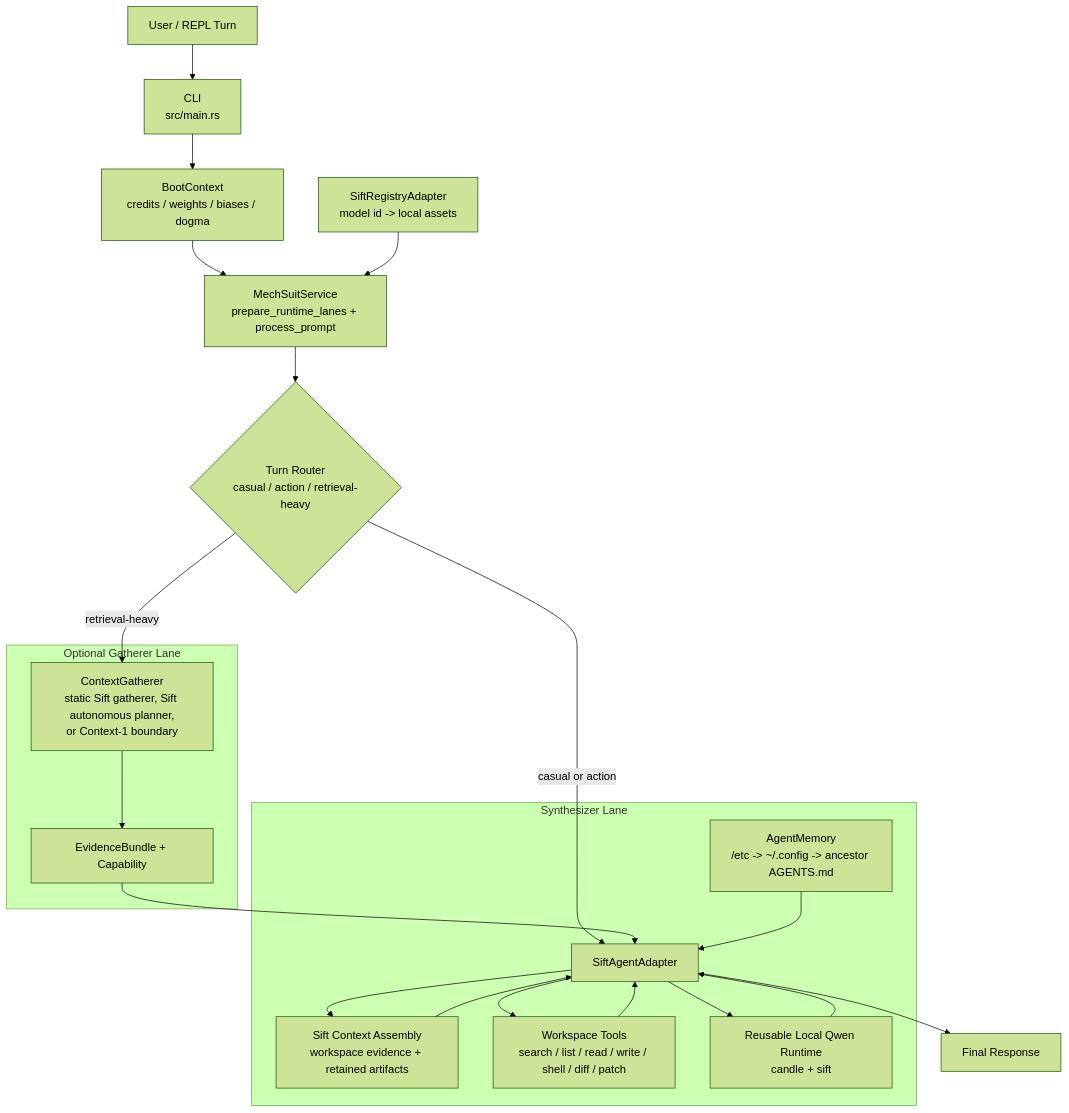
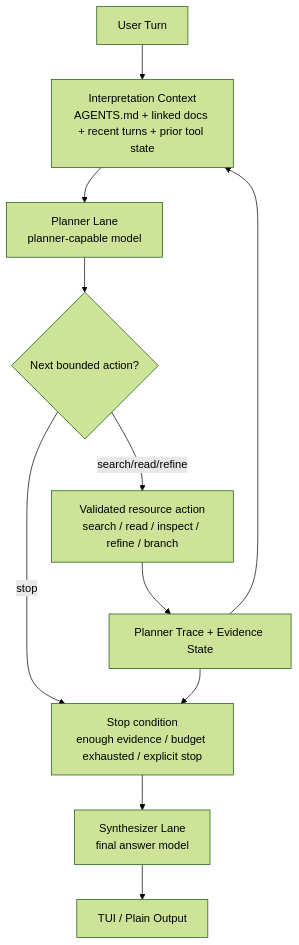
One commit to spoke-sh/paddles changed the first of 2 diagrams in README.md. Above: the diagram before and after it, drawn with Mermaid (forest theme). The commit also changed other lines of this file and 17 other files, not shown here.

````diff
--- a/README.md
+++ b/README.md
@@ -24,37 +21,17 @@
 ```mermaid
 flowchart TD
-    U["User / REPL Turn"]
-    CLI["CLI<br/>src/main.rs"]
-    Boot["BootContext<br/>credits / weights / biases / dogma"]
-    Service["MechSuitService<br/>prepare_runtime_lanes + process_prompt"]
-    Registry["SiftRegistryAdapter<br/>model id -> local assets"]
-    Router{"Turn Router<br/>casual / action / retrieval-heavy"}
+    U["User Turn"]
+    I["Interpretation Context<br/>AGENTS.md + linked docs + recent turns + prior tool state"]
+    P["Planner Lane<br/>planner-capable model"]
+    D{"Next bounded action?"}
+    A["Validated resource action<br/>search / read / inspect / refine / branch"]
+    S["Planner Trace + Evidence State"]
+    T["Stop condition<br/>enough evidence / budget exhausted / explicit stop"]
+    Y["Synthesizer Lane<br/>final answer model"]
+    R["TUI / Plain Output"]
 
-    subgraph SynthLane["Synthesizer Lane"]
-        Memory["AgentMemory<br/>/etc -> ~/.config -> ancestor AGENTS.md"]
-        Agent["SiftAgentAdapter"]
-        Context["Sift Context Assembly<br/>workspace evidence + retained artifacts"]
-        Tools["Workspace Tools<br/>search / list / read / write / shell / diff / patch"]
-        Runtime["Reusable Local Qwen Runtime<br/>candle + sift"]
-    end
-
-    subgraph GatherLane["Optional Gatherer Lane"]
-        Gather["ContextGatherer<br/>static Sift gatherer, Sift autonomous planner,<br/>or Context-1 boundary"]
-        Evidence["EvidenceBundle + Capability"]
-    end
-
-    U --> CLI --> Boot --> Service
-    Registry --> Service
-    Service --> Router
-    Router -->|casual or action| Agent
-    Router -->|retrieval-heavy| Gather
-    Gather --> Evidence --> Agent
-    Memory --> Agent
-    Agent --> Context
-    Agent --> Tools
-    Agent --> Runtime
-    Context --> Agent
-    Tools --> Agent
-    Runtime --> Agent
-    Agent --> Response["Final Response"]
+    U --> I --> P --> D
+    D -->|search/read/refine| A --> S --> I
+    D -->|stop| T --> Y --> R
+    S --> T
 ```
````
